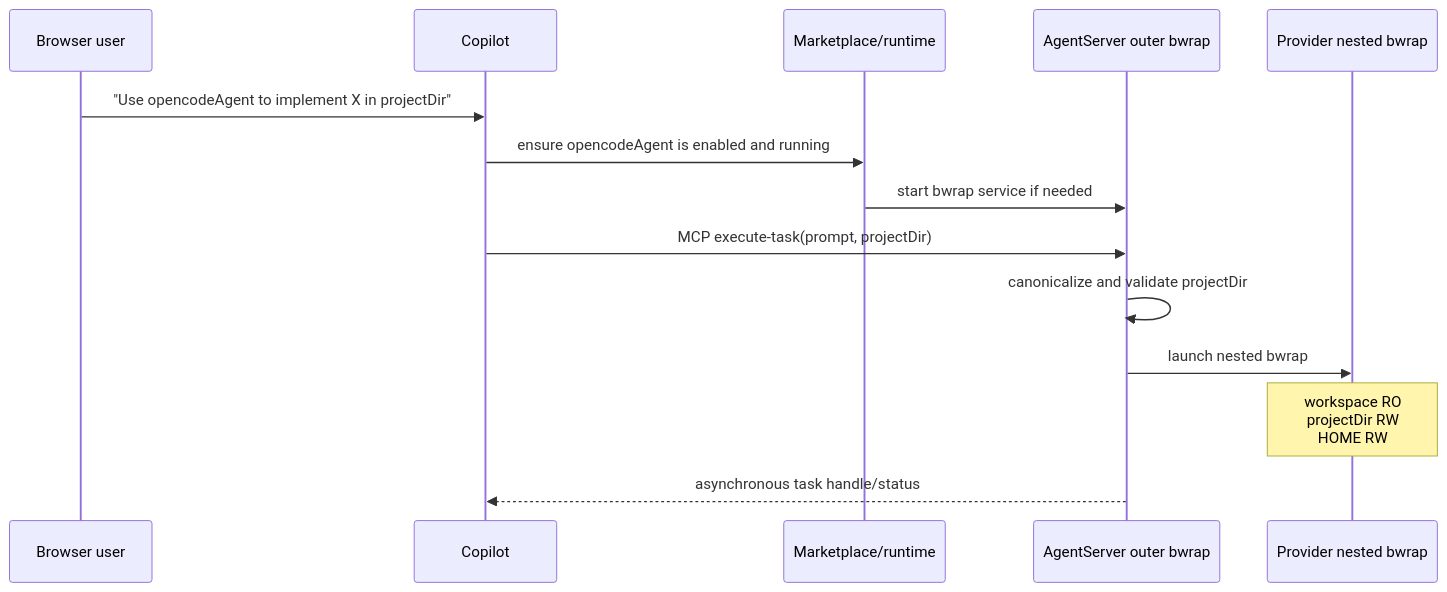
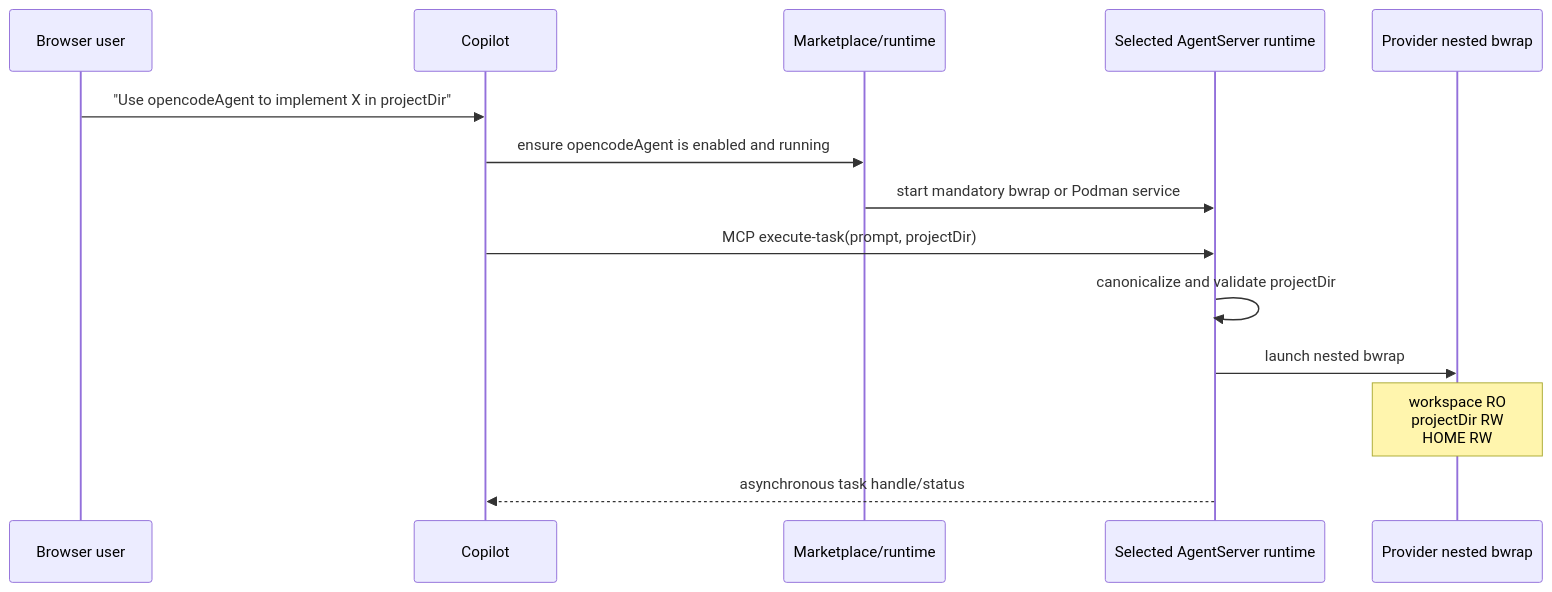
The sixth of 7 diagrams in BWRAP_CODING_AGENTS_ARCHITECTURE.md (PloinkyRepos/file-parser), drawn with Mermaid before and after one commit. The commit also changed other lines of this file and 1 other file, not shown here.

Commit message:
Revise dual-runtime migration plan

````diff
--- a/BWRAP_CODING_AGENTS_ARCHITECTURE.md
+++ b/BWRAP_CODING_AGENTS_ARCHITECTURE.md
@@ -584,17 +598,17 @@
 ```mermaid
 sequenceDiagram
     participant U as Browser user
     participant A as Copilot
     participant M as Marketplace/runtime
-    participant S as AgentServer outer bwrap
+    participant S as Selected AgentServer runtime
     participant T as Provider nested bwrap
 
     U->>A: "Use opencodeAgent to implement X in projectDir"
     A->>M: ensure opencodeAgent is enabled and running
-    M->>S: start bwrap service if needed
+    M->>S: start mandatory bwrap or Podman service
     A->>S: MCP execute-task(prompt, projectDir)
     S->>S: canonicalize and validate projectDir
     S->>T: launch nested bwrap
     Note over T: workspace RO<br/>projectDir RW<br/>HOME RW
     S-->>A: asynchronous task handle/status
 ```
````
